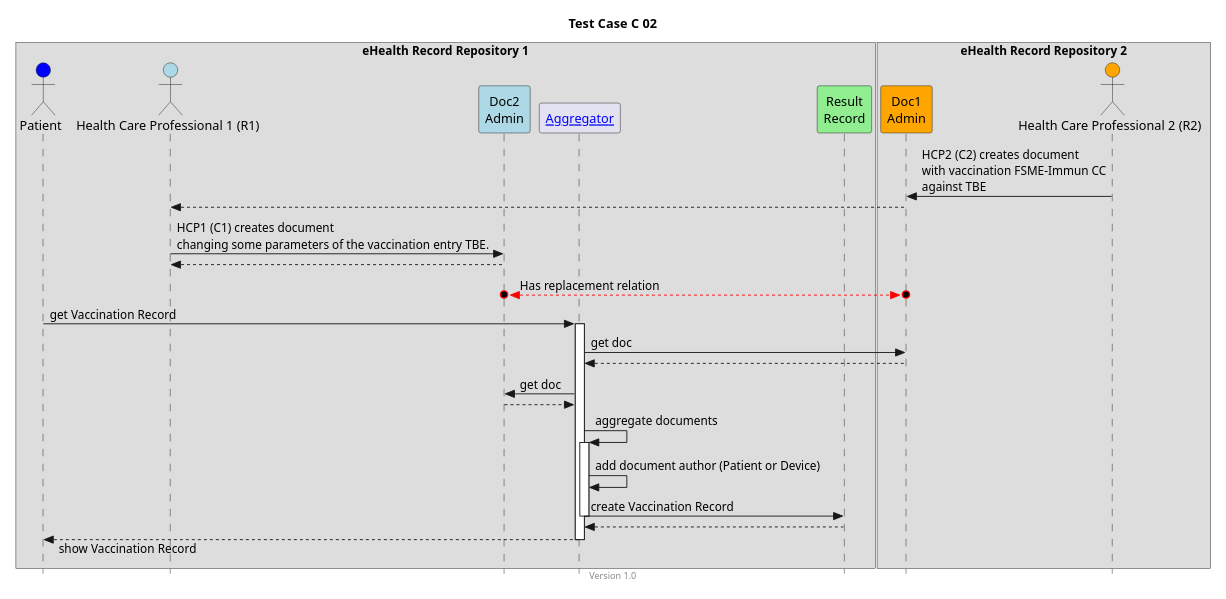
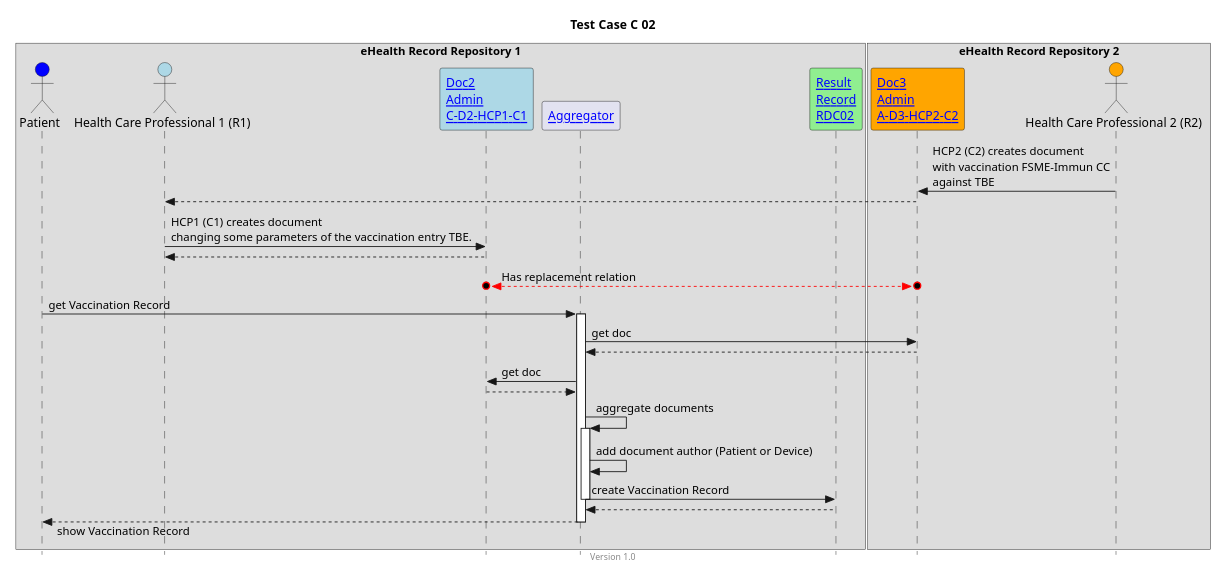
The diagram in input/images-source/TCC02.plantuml (hl7ch/ch-vacd), drawn with PlantUML before and after one commit. The commit also changed 27 other files, not shown here.

Commit message:
add links to TC diagrams and links on different places to serve better informations to users #354

```diff
--- a/input/images-source/TCC02.plantuml
+++ b/input/images-source/TCC02.plantuml
@@ -1,50 +1,49 @@
 @startuml
 title Test Case C 02
 footer Version 1.0
 skinparam responseMessageBelowArrow true
 skinparam style strictuml
 scale max 800 width
 
-
 box "eHealth Record Repository 1"
 actor "Patient" as PAT #blue
 actor "Health Care Professional 1 (R1)" as HCP1_C1 #lightblue
-participant "Doc2\nAdmin" as Doc2 #lightblue
+participant "[[Bundle-C-D2-HCP1-C1.html Doc2\nAdmin\nC-D2-HCP1-C1]]" as Doc2 #lightblue
 participant "[[aggregator.html Aggregator]]" as AGG
-participant "Result\nRecord" as RES #lightgreen
+participant "[[Bundle-RDC02.html Result\nRecord\nRDC02]]" as RES #lightgreen
 end box
 
 box "eHealth Record Repository 2"
-participant "Doc1\nAdmin" as Doc1 #orange
+participant "[[Bundle-A-D3-HCP2-C2.html Doc3\nAdmin\nA-D3-HCP2-C2]]" as Doc3 #orange
 actor "Health Care Professional 2 (R2)" as HCP2_C2 #orange
 end box
 
-HCP2_C2 -> Doc1: HCP2 (C2) creates document\nwith vaccination FSME-Immun CC\nagainst TBE
-HCP1_C1 <-- Doc1
+HCP2_C2 -> Doc3: HCP2 (C2) creates document\nwith vaccination FSME-Immun CC\nagainst TBE
+HCP1_C1 <-- Doc3
 
 HCP1_C1 -> Doc2: HCP1 (C1) creates document\nchanging some parameters of the vaccination entry TBE.
 HCP1_C1 <-- Doc2
 
-Doc2 o<-[#red]->o Doc1: Has replacement relation
+Doc2 o<-[#red]->o Doc3: Has replacement relation
 
 PAT -> AGG: get Vaccination Record
 activate AGG
 
-AGG -> Doc1: get doc
-AGG <-- Doc1
+AGG -> Doc3: get doc
+AGG <-- Doc3
 
 AGG -> Doc2: get doc
 AGG <-- Doc2
  
 AGG -> AGG: aggregate documents 
 activate AGG
 AGG -> AGG: add document author (Patient or Device)
 AGG -> RES: create Vaccination Record
 deactivate AGG
 AGG <-- RES
 
 PAT <-- AGG: show Vaccination Record
 deactivate AGG
 
 
 @enduml
```
